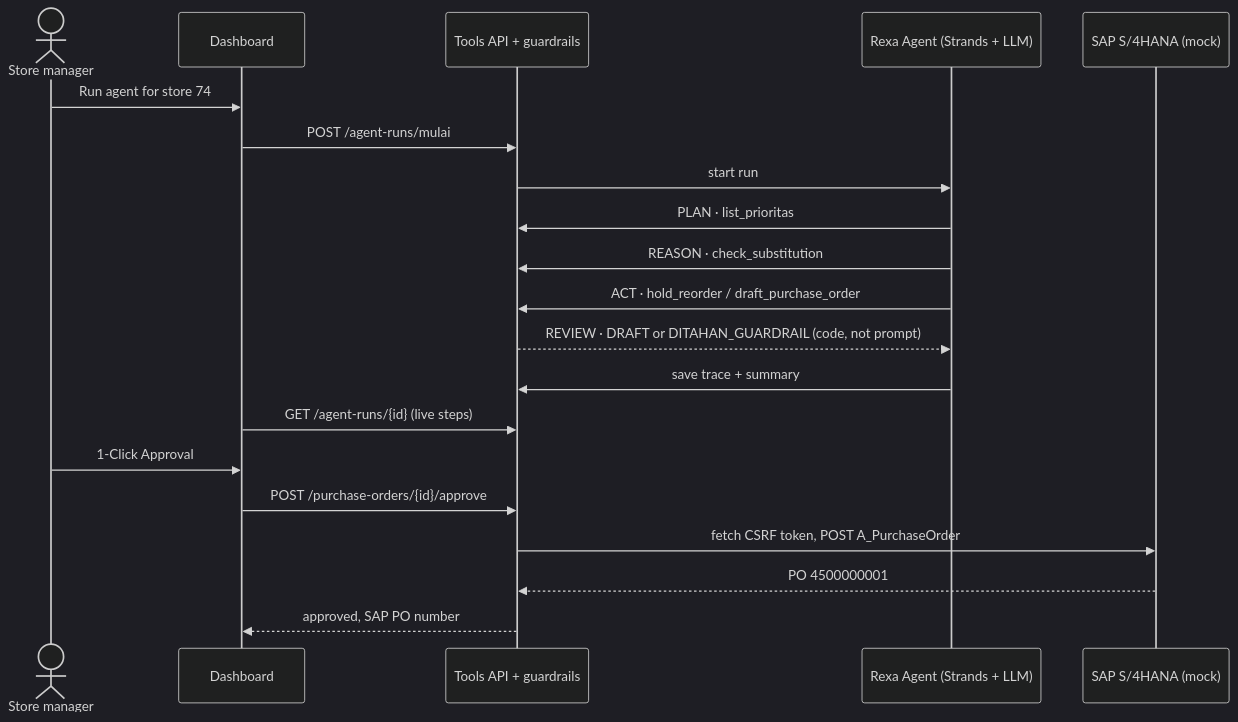
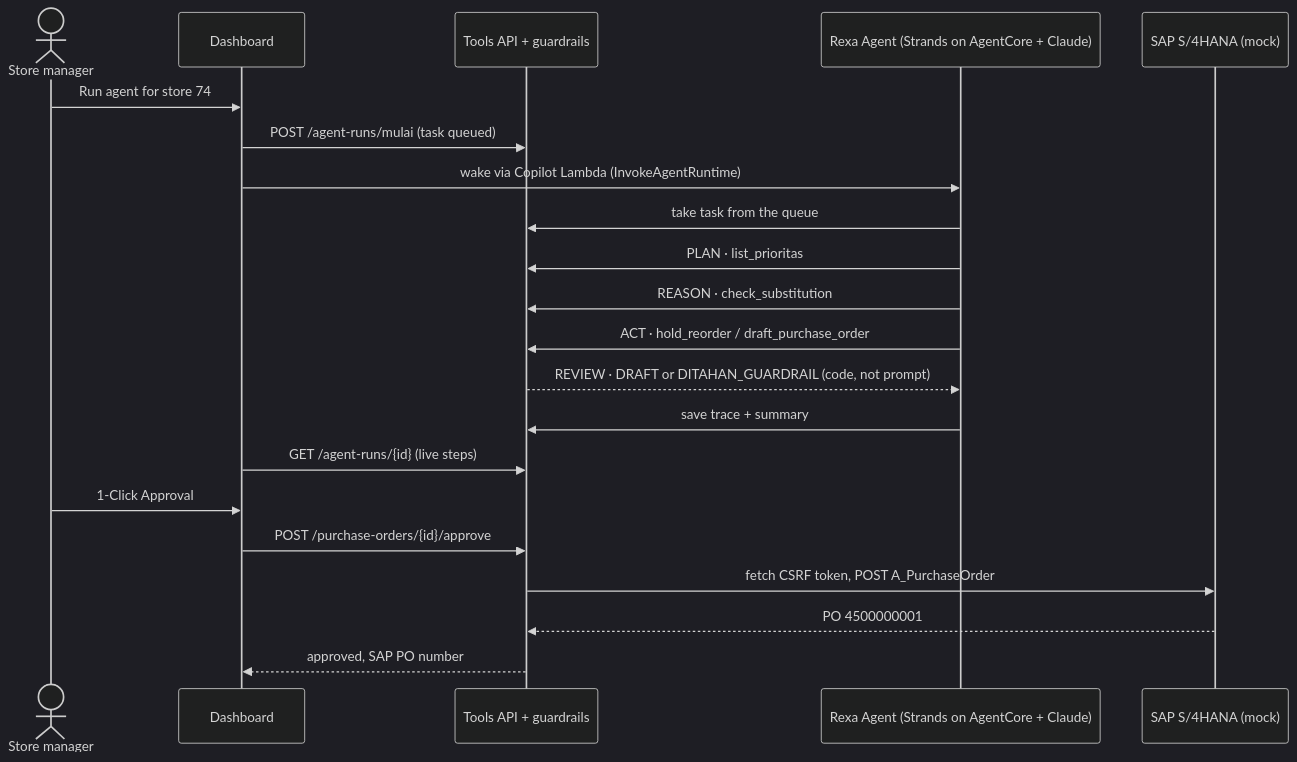
The second of 2 diagrams in docs/arsitektur.md (rumaisharaghibsrg/ChibiRex), drawn with Mermaid (dark theme) before and after one commit. The commit also changed other lines of this file and 24 other files, not shown here.

Commit message:
Agent toko di Amazon Bedrock AgentCore Runtime: tidak butuh laptop, worker laptop jadi cadangan

````diff
--- a/docs/arsitektur.md
+++ b/docs/arsitektur.md
@@ -42,23 +44,24 @@
 ```mermaid
 sequenceDiagram
     actor Manager as Store manager
     participant Dash as Dashboard
     participant API as Tools API + guardrails
-    participant Agent as Rexa Agent (Strands + LLM)
+    participant Agent as Rexa Agent (Strands on AgentCore + Claude)
     participant SAP as SAP S/4HANA (mock)
 
     Manager->>Dash: Run agent for store 74
-    Dash->>API: POST /agent-runs/mulai
-    API->>Agent: start run
+    Dash->>API: POST /agent-runs/mulai (task queued)
+    Dash->>Agent: wake via Copilot Lambda (InvokeAgentRuntime)
+    Agent->>API: take task from the queue
     Agent->>API: PLAN · list_prioritas
     Agent->>API: REASON · check_substitution
     Agent->>API: ACT · hold_reorder / draft_purchase_order
     API-->>Agent: REVIEW · DRAFT or DITAHAN_GUARDRAIL (code, not prompt)
     Agent->>API: save trace + summary
     Dash->>API: GET /agent-runs/{id} (live steps)
     Manager->>Dash: 1-Click Approval
     Dash->>API: POST /purchase-orders/{id}/approve
     API->>SAP: fetch CSRF token, POST A_PurchaseOrder
     SAP-->>API: PO 4500000001
     API-->>Dash: approved, SAP PO number
 ```
````
